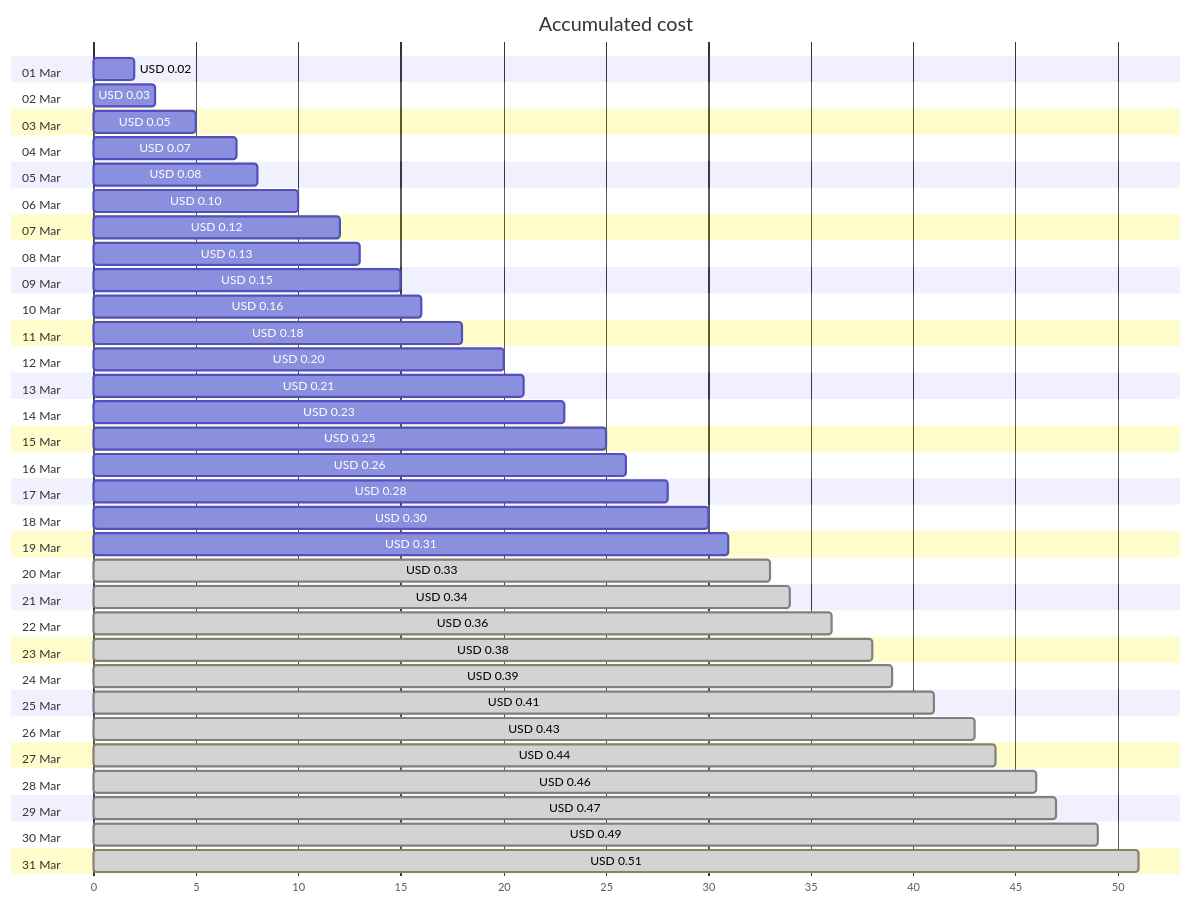
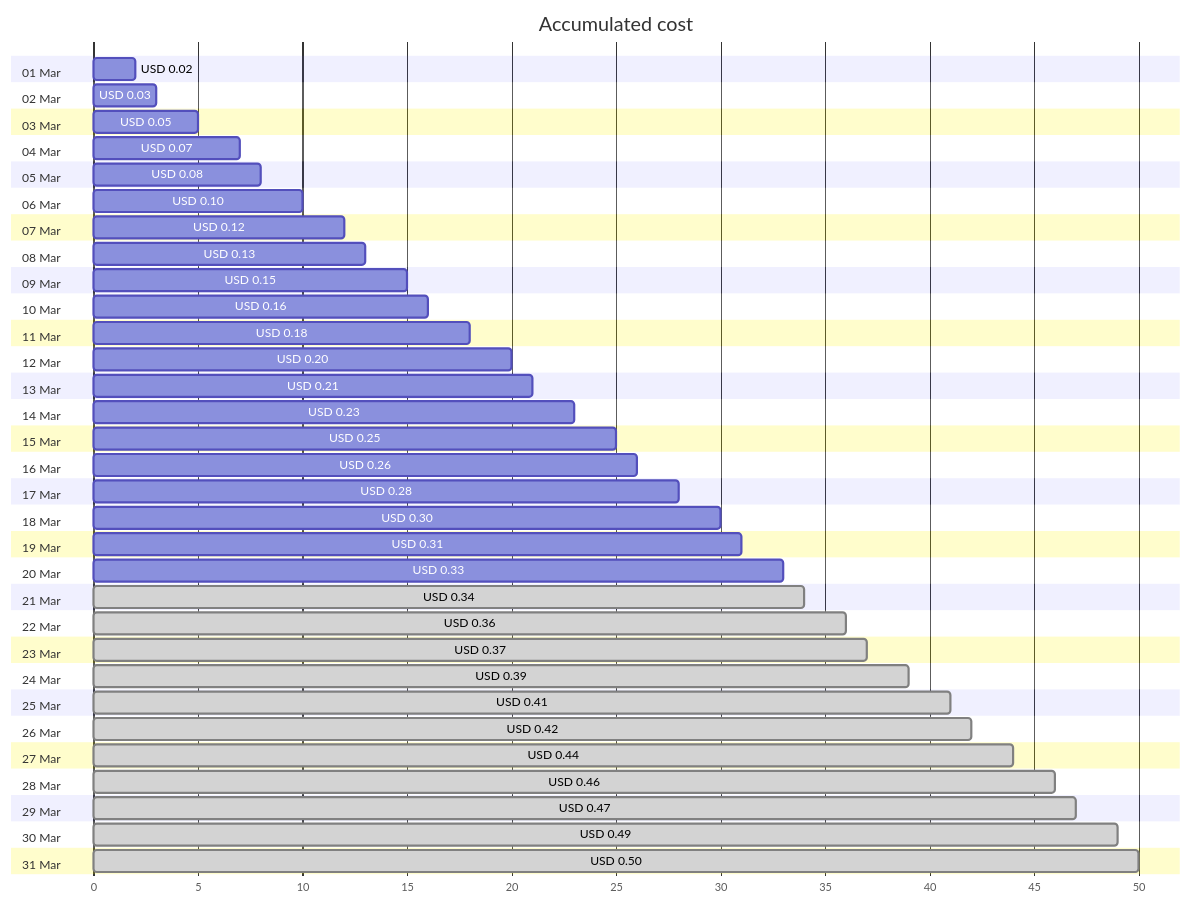
Before and after one commit to jpfulton/azure-personal-reports: the first of 4 diagrams in cost-reports/personal-dns/jpatrickfulton.com.md, drawn with Mermaid. The commit also changed other lines of this file and 2 other files, not shown here.

````diff
--- a/cost-reports/personal-dns/jpatrickfulton.com.md
+++ b/cost-reports/personal-dns/jpatrickfulton.com.md
@@ -20,68 +20,68 @@
 ```mermaid
 gantt
    title Accumulated cost
    dateFormat  X
    axisFormat %s
    section 01 Mar
    USD 0.02 :0, 2
    section 02 Mar
    USD 0.03 :0, 3
    section 03 Mar
    USD 0.05 :0, 5
    section 04 Mar
    USD 0.07 :0, 7
    section 05 Mar
    USD 0.08 :0, 8
    section 06 Mar
    USD 0.10 :0, 10
    section 07 Mar
    USD 0.12 :0, 12
    section 08 Mar
    USD 0.13 :0, 13
    section 09 Mar
    USD 0.15 :0, 15
    section 10 Mar
    USD 0.16 :0, 16
    section 11 Mar
    USD 0.18 :0, 18
    section 12 Mar
    USD 0.20 :0, 20
    section 13 Mar
    USD 0.21 :0, 21
    section 14 Mar
    USD 0.23 :0, 23
    section 15 Mar
    USD 0.25 :0, 25
    section 16 Mar
    USD 0.26 :0, 26
    section 17 Mar
    USD 0.28 :0, 28
    section 18 Mar
    USD 0.30 :0, 30
    section 19 Mar
    USD 0.31 :0, 31
    section 20 Mar
-   USD 0.33 : done, 0, 33
+   USD 0.33 :0, 33
    section 21 Mar
    USD 0.34 : done, 0, 34
    section 22 Mar
    USD 0.36 : done, 0, 36
    section 23 Mar
-   USD 0.38 : done, 0, 38
+   USD 0.37 : done, 0, 37
    section 24 Mar
    USD 0.39 : done, 0, 39
    section 25 Mar
    USD 0.41 : done, 0, 41
    section 26 Mar
-   USD 0.43 : done, 0, 43
+   USD 0.42 : done, 0, 42
    section 27 Mar
    USD 0.44 : done, 0, 44
    section 28 Mar
    USD 0.46 : done, 0, 46
    section 29 Mar
    USD 0.47 : done, 0, 47
    section 30 Mar
    USD 0.49 : done, 0, 49
    section 31 Mar
-   USD 0.51 : done, 0, 51
+   USD 0.50 : done, 0, 50
 ```
````
